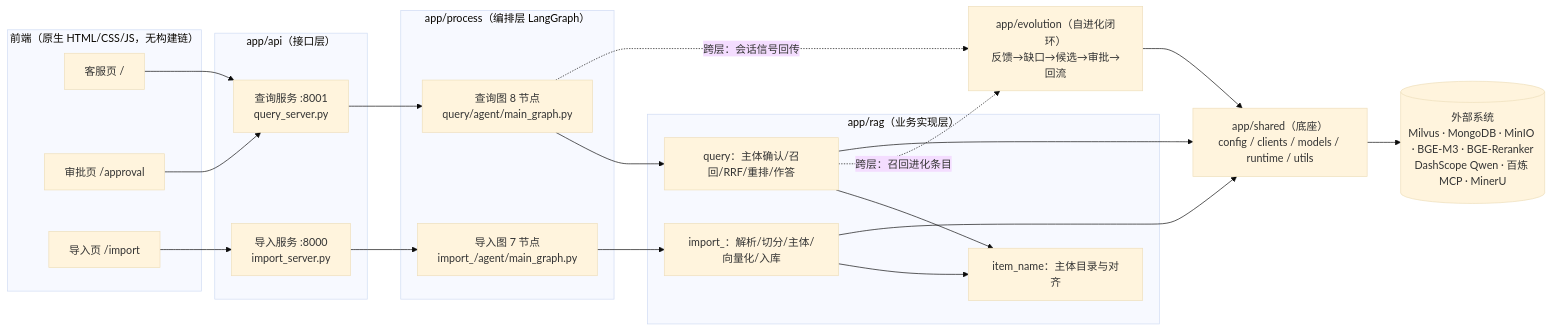
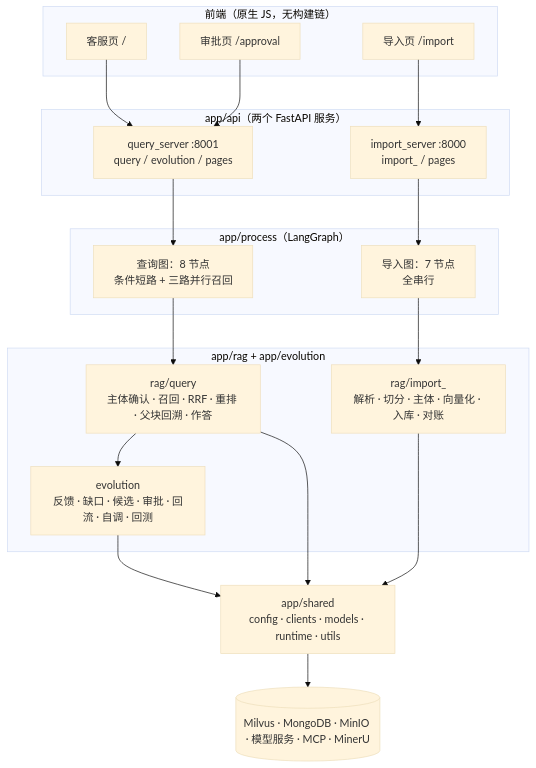
Before and after one commit to LZX842056112/se_rag: the first of 10 diagrams in docs/se_rag-技术讲解文档.md, drawn with Mermaid (base theme). The commit also changed other lines of this file and 3 other files, not shown here.

````diff
--- a/docs/se_rag-技术讲解文档.md
+++ b/docs/se_rag-技术讲解文档.md
@@ -68,46 +81,33 @@
 ```mermaid
-flowchart LR
-    subgraph FE["前端（原生 HTML/CSS/JS，无构建链）"]
+flowchart TB
+    subgraph FE["前端（原生 JS，无构建链）"]
         UI1["客服页 /"]
         UI2["审批页 /approval"]
         UI3["导入页 /import"]
     end
-
-    subgraph API["app/api（接口层）"]
-        QS["查询服务 :8001<br/>query_server.py"]
-        IS["导入服务 :8000<br/>import_server.py"]
+    subgraph API["app/api（两个 FastAPI 服务）"]
+        QS["query_server :8001<br/>query / evolution / pages"]
+        IS["import_server :8000<br/>import_ / pages"]
     end
-
-    subgraph PROC["app/process（编排层 LangGraph）"]
-        QG["查询图 8 节点<br/>query/agent/main_graph.py"]
-        IG["导入图 7 节点<br/>import_/agent/main_graph.py"]
+    subgraph PROC["app/process（LangGraph）"]
+        QG["查询图：8 节点<br/>条件短路 + 三路并行召回"]
+        IG["导入图：7 节点<br/>全串行"]
     end
-
-    subgraph RAG["app/rag（业务实现层）"]
-        RQ["query：主体确认/召回/RRF/重排/作答"]
-        RI["import_：解析/切分/主体/向量化/入库"]
-        RIN["item_name：主体目录与对齐"]
+    subgraph BIZ["app/rag + app/evolution"]
+        RQ["rag/query<br/>主体确认 · 召回 · RRF · 重排 · 父块回溯 · 作答"]
+        RI["rag/import_<br/>解析 · 切分 · 主体 · 向量化 · 入库 · 对账"]
+        EV["evolution<br/>反馈 · 缺口 · 候选 · 审批 · 回流 · 自调 · 回测"]
     end
-
-    EVO["app/evolution（自进化闭环）<br/>反馈→缺口→候选→审批→回流"]
-
-    SH["app/shared（底座）<br/>config / clients / models / runtime / utils"]
-
-    EXT[("外部系统<br/>Milvus · MongoDB · MinIO · BGE-M3 · BGE-Reranker<br/>DashScope Qwen · 百炼 MCP · MinerU")]
+    SH["app/shared<br/>config · clients · models · runtime · utils"]
+    EXT[("Milvus · MongoDB · MinIO · 模型服务 · MCP · MinerU")]
 
     UI1 --> QS
     UI2 --> QS
     UI3 --> IS
-    QS --> QG
-    IS --> IG
-    QG --> RQ
-    RQ --> RIN
-    IG --> RI
-    RI --> RIN
-    RQ -. 跨层：召回进化条目 .-> EVO
-    QG -. 跨层：会话信号回传 .-> EVO
+    QS --> QG --> RQ --> EV
+    IS --> IG --> RI
     RQ --> SH
     RI --> SH
-    EVO --> SH
+    EV --> SH
     SH --> EXT
 ```
````
